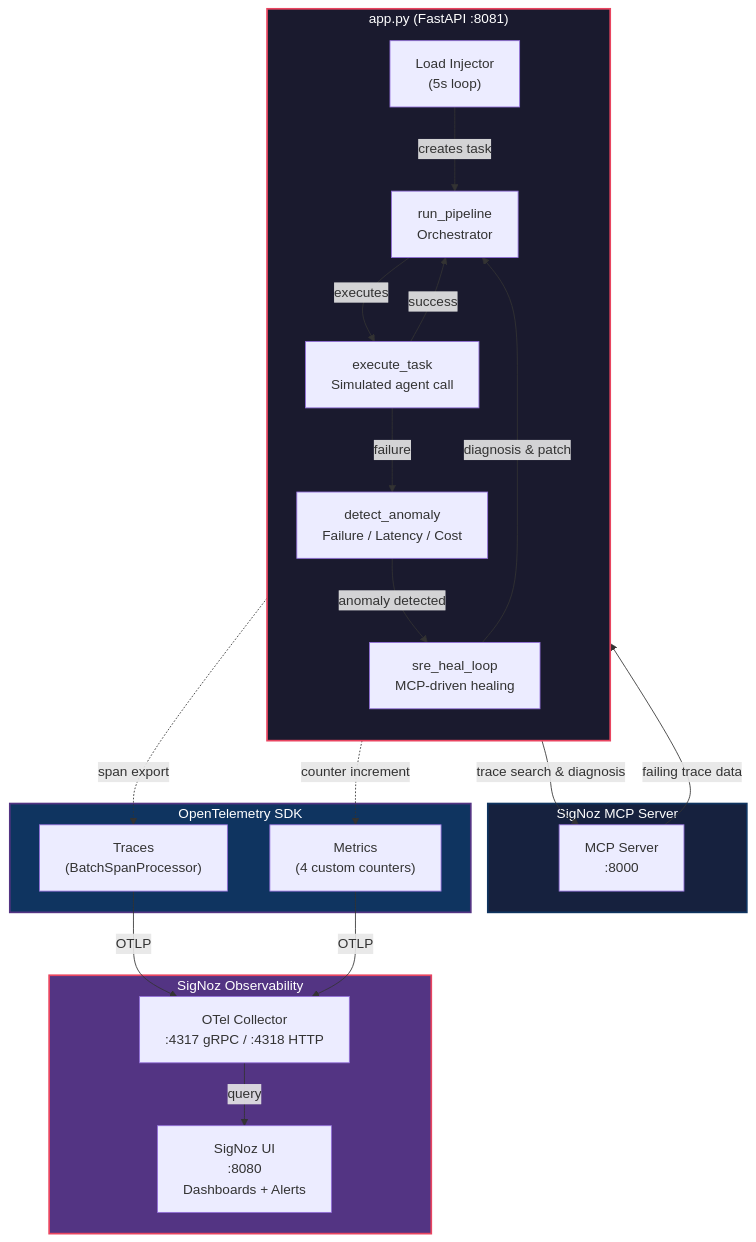
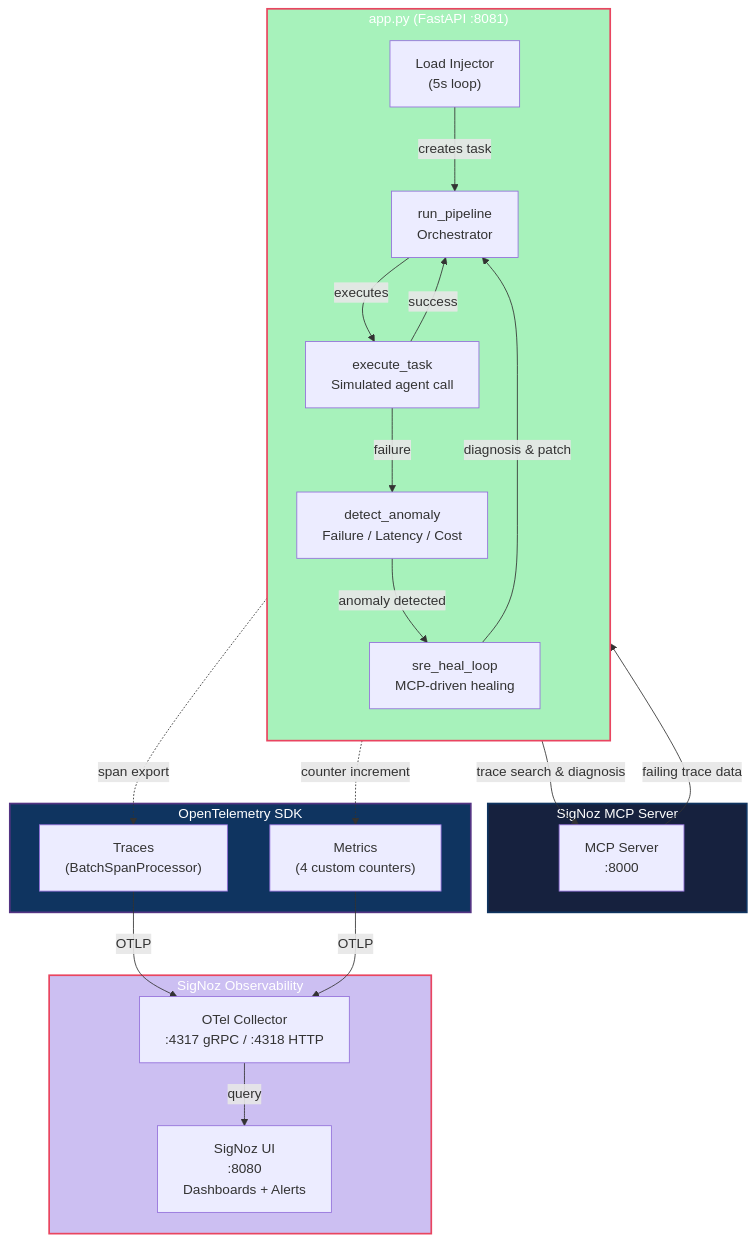
The diagram in README.md (YOBO-DANCE/PROJECT-HACKATHON-WE-MAKE-DEVS), drawn with Mermaid before and after one commit. The commit also changed other lines of this file and 1 other file, not shown here.

Commit message:
Setup_stack update and bugs fixed; Readme.md Mermaid and installation fixes

````diff
--- a/README.md
+++ b/README.md
@@ -41,40 +41,40 @@
 ```mermaid
 flowchart TB
     subgraph FastAPI["app.py (FastAPI :8081)"]
         direction TB
         LI["Load Injector<br/>(5s loop)"] -->|"creates task"| RP["run_pipeline<br/>Orchestrator"]
         RP -->|"executes"| ET["execute_task<br/>Simulated agent call"]
         ET -->|"success"| RP
         ET -->|"failure"| DA["detect_anomaly<br/>Failure / Latency / Cost"]
         DA -->|"anomaly detected"| SH["sre_heal_loop<br/>MCP-driven healing"]
         SH -->|"diagnosis & patch"| RP
     end
 
     subgraph MCP["SigNoz MCP Server"]
         MCP_SRV["MCP Server<br/>:8000"]
     end
 
     subgraph OTel["OpenTelemetry SDK"]
         TRACES["Traces<br/>(BatchSpanProcessor)"]
         METRICS["Metrics<br/>(4 custom counters)"]
     end
 
     subgraph SigNoz["SigNoz Observability"]
         OTLP_GW["OTel Collector<br/>:4317 gRPC / :4318 HTTP"]
         SIGNOZ_UI["SigNoz UI<br/>:8080<br/>Dashboards + Alerts"]
     end
 
     SH -->|"trace search & diagnosis"| MCP_SRV
     MCP_SRV -->|"failing trace data"| SH
 
     RP -.->|"span export"| TRACES
     RP -.->|"counter increment"| METRICS
     TRACES -->|"OTLP"| OTLP_GW
     METRICS -->|"OTLP"| OTLP_GW
     OTLP_GW -->|"query"| SIGNOZ_UI
 
-    style FastAPI fill:#1a1a2e,stroke:#e94560,stroke-width:2px,color:#fff
+    style FastAPI fill:#a7f2bb,stroke:#e94560,stroke-width:2px,color:#fff
     style MCP fill:#16213e,stroke:#0f3460,stroke-width:2px,color:#fff
     style OTel fill:#0f3460,stroke:#533483,stroke-width:2px,color:#fff
-    style SigNoz fill:#533483,stroke:#e94560,stroke-width:2px,color:#fff
+    style SigNoz fill:#ccbff2,stroke:#e94560,stroke-width:2px,color:#fff
 ```
````
